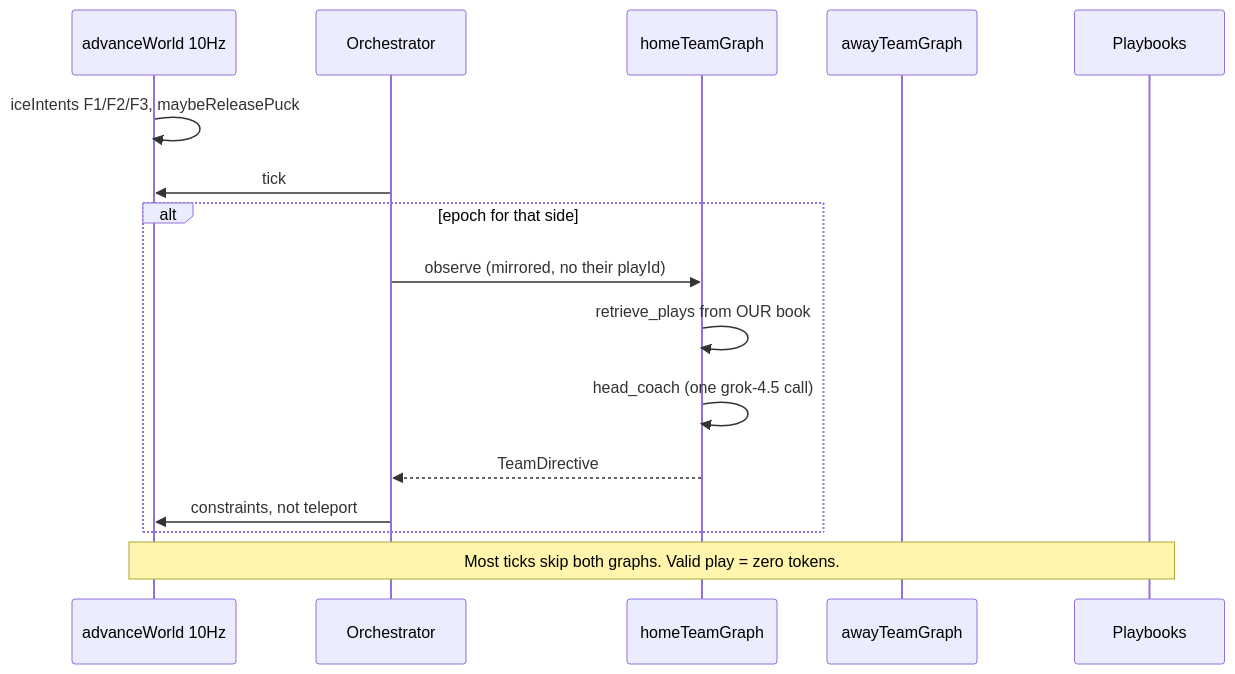
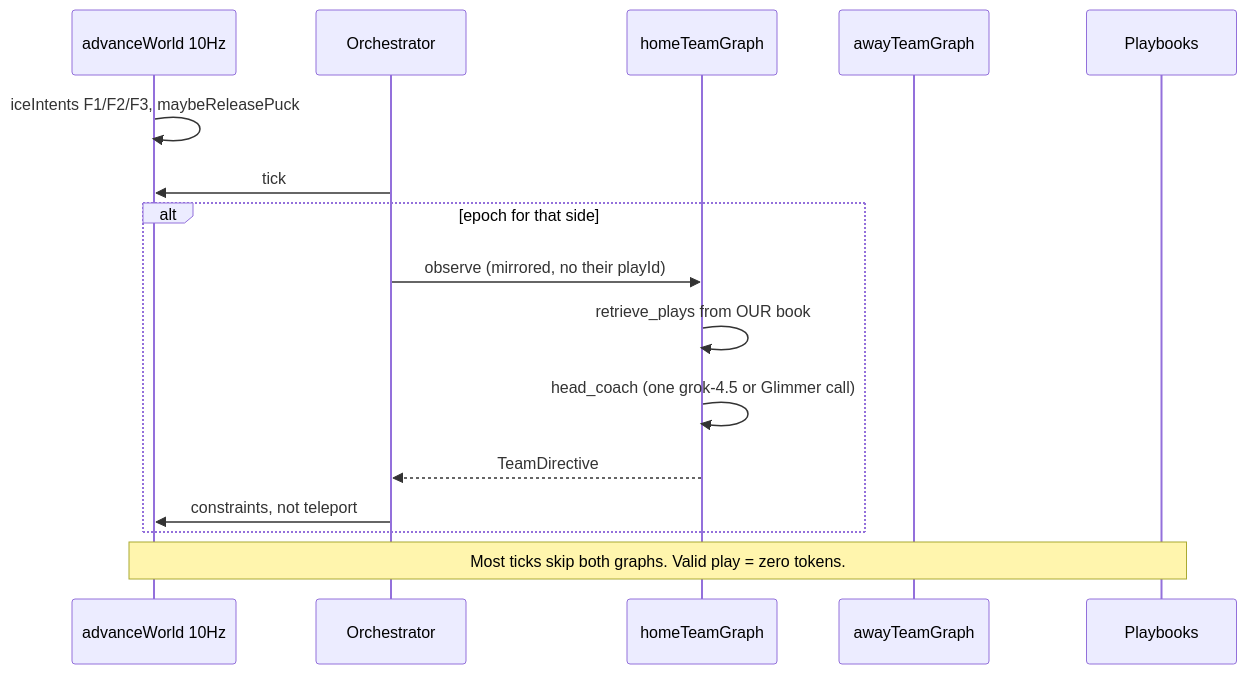
Before and after one commit to gasantiago16/Graph_Hockey: the third of 4 diagrams in docs/FORgasan.md, drawn with Mermaid. The commit also changed other lines of this file and 3 other files, not shown here.

````diff
--- a/docs/FORgasan.md
+++ b/docs/FORgasan.md
@@ -152,18 +158,18 @@
 ```mermaid
 sequenceDiagram
   participant Ice as advanceWorld 10Hz
   participant Orch as Orchestrator
   participant Home as homeTeamGraph
   participant Away as awayTeamGraph
   participant Book as Playbooks
   Ice->>Ice: iceIntents F1/F2/F3, maybeReleasePuck
   Orch->>Ice: tick
   alt epoch for that side
     Orch->>Home: observe (mirrored, no their playId)
     Home->>Home: retrieve_plays from OUR book
-    Home->>Home: head_coach (one grok-4.5 call)
+    Home->>Home: head_coach (one grok-4.5 or Glimmer call)
     Home-->>Orch: TeamDirective
     Orch->>Ice: constraints, not teleport
   end
   Note over Ice,Book: Most ticks skip both graphs. Valid play = zero tokens.
 ```
````
